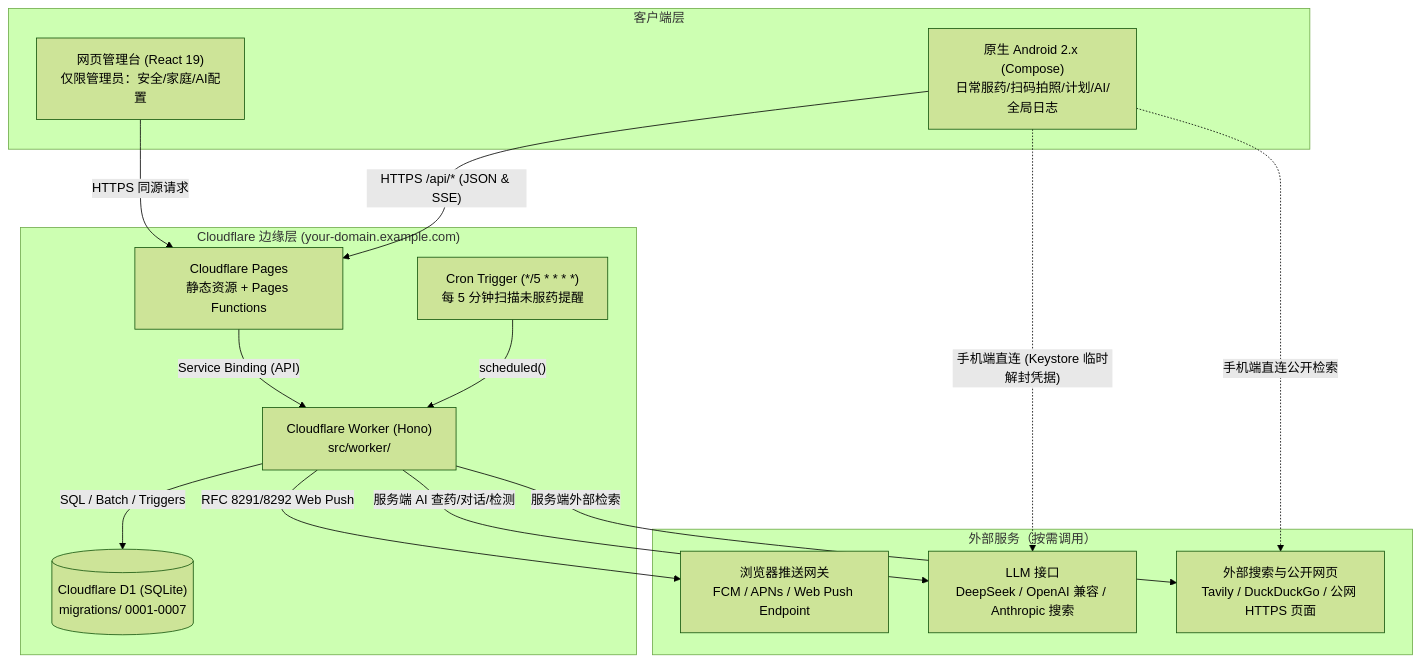
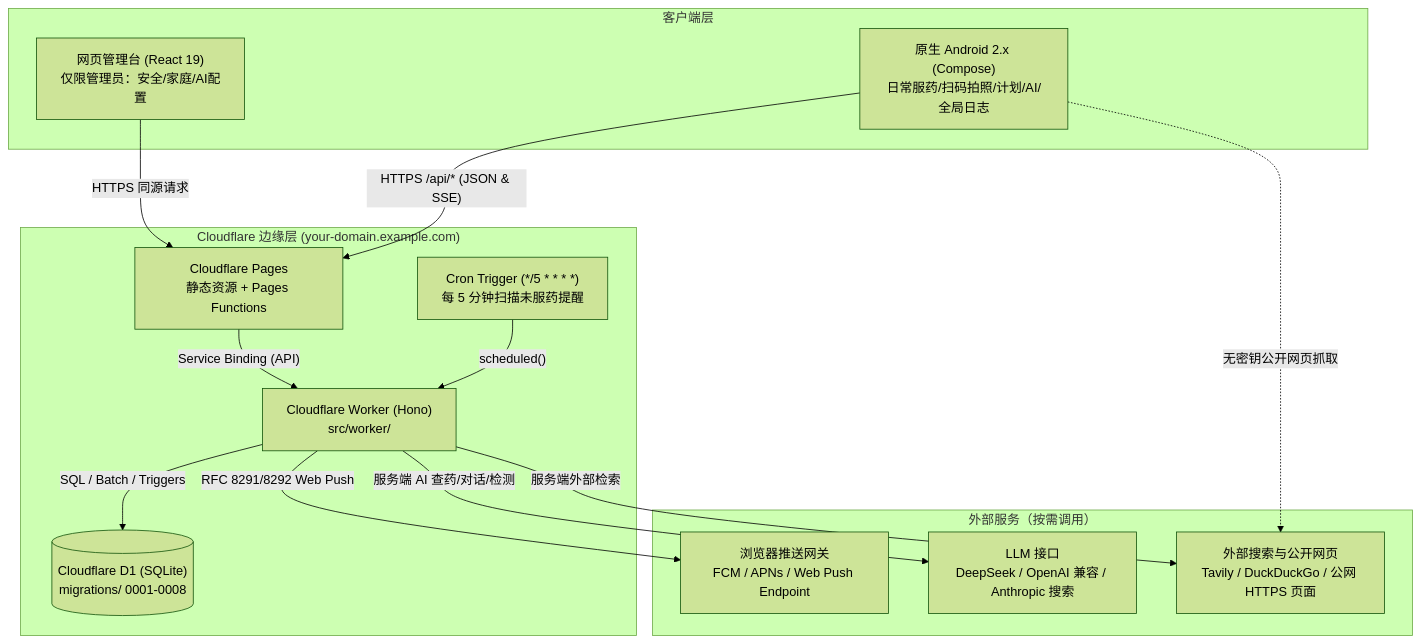
The first of 2 diagrams in docs/architecture.md (ChemicalBond007/home-meds), drawn with Mermaid (forest theme) before and after one commit. The commit also changed other lines of this file and 76 other files, not shown here.

````diff
--- a/docs/architecture.md
+++ b/docs/architecture.md
@@ -13,31 +13,30 @@
 ```mermaid
 flowchart TB
     subgraph Clients["客户端层"]
         WebAdmin["网页管理台 (React 19)\n仅限管理员：安全/家庭/AI配置"]
         AndroidV2["原生 Android 2.x (Compose)\n日常服药/扫码拍照/计划/AI/全局日志"]
     end
 
     subgraph Edge["Cloudflare 边缘层 (your-domain.example.com)"]
         Pages["Cloudflare Pages\n静态资源 + Pages Functions"]
         Worker["Cloudflare Worker (Hono)\nsrc/worker/"]
         Cron["Cron Trigger (*/5 * * * *)\n每 5 分钟扫描未服药提醒"]
-        D1[("Cloudflare D1 (SQLite)\nmigrations/ 0001-0007")]
+        D1[("Cloudflare D1 (SQLite)\nmigrations/ 0001-0008")]
     end
 
     subgraph External["外部服务（按需调用）"]
         LLM["LLM 接口\nDeepSeek / OpenAI 兼容 / Anthropic 搜索"]
         Search["外部搜索与公开网页\nTavily / DuckDuckGo / 公网 HTTPS 页面"]
         PushSvc["浏览器推送网关\nFCM / APNs / Web Push Endpoint"]
     end
 
     WebAdmin -->|"HTTPS 同源请求"| Pages
     AndroidV2 -->|"HTTPS /api/* (JSON & SSE)"| Pages
     Pages -->|"Service Binding (API)"| Worker
     Cron -->|"scheduled()"| Worker
     Worker -->|"SQL / Batch / Triggers"| D1
     Worker -->|"RFC 8291/8292 Web Push"| PushSvc
     Worker -->|"服务端 AI 查药/对话/检测"| LLM
     Worker -->|"服务端外部检索"| Search
-    AndroidV2 -.->|"手机端直连 (Keystore 临时解封凭据)"| LLM
-    AndroidV2 -.->|"手机端直连公开检索"| Search
+    AndroidV2 -.->|"无密钥公开网页抓取"| Search
 ```
````
